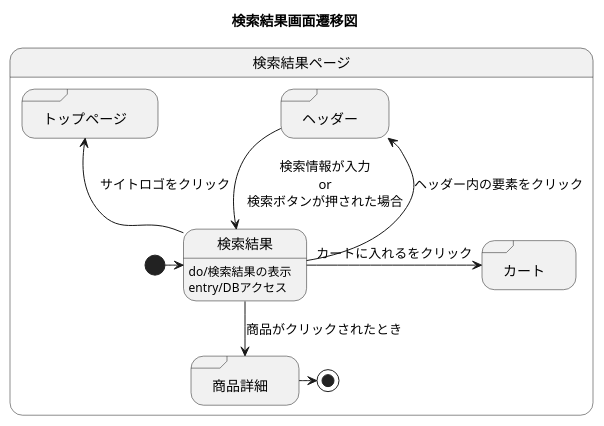
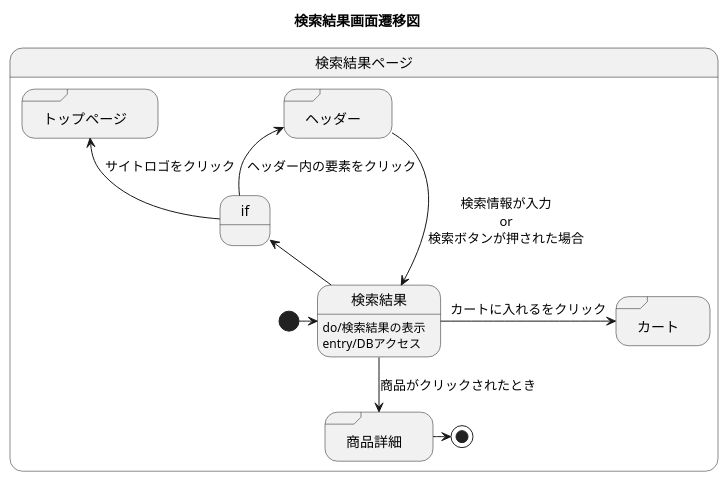
The diagram in 検索結果修正.md (akutori/T-D-E), drawn with PlantUML before and after one commit.

Commit message:
分岐を追加修正

````diff
--- a/検索結果修正.md
+++ b/検索結果修正.md
@@ -1,22 +1,24 @@
 ```uml
 @startuml
 title 検索結果画面遷移図
 state 検索結果ページ{
 
     state 検索結果:do/検索結果の表示
     state 検索結果:entry/DBアクセス
     state "商品詳細" as goodsdetail <<sdlreceive>>
     state "ヘッダー" as headder <<sdlreceive>>
     state "トップページ" as main <<sdlreceive>>
     state "カート" as cart <<sdlreceive>>
+    state if <<choise>>
 
     [*] -> 検索結果
     検索結果 --> goodsdetail :商品がクリックされたとき
     headder --> 検索結果 :検索情報が入力\nor\n検索ボタンが押された場合
-    検索結果-up->headder : ヘッダー内の要素をクリック
-    検索結果 -up-> main :サイトロゴをクリック
     検索結果 -> cart : カートに入れるをクリック
+    検索結果-up->if 
+    if-up->headder : ヘッダー内の要素をクリック
+    if -up-> main :サイトロゴをクリック
     goodsdetail -> [*]
 }
 @enduml
 ```
````
